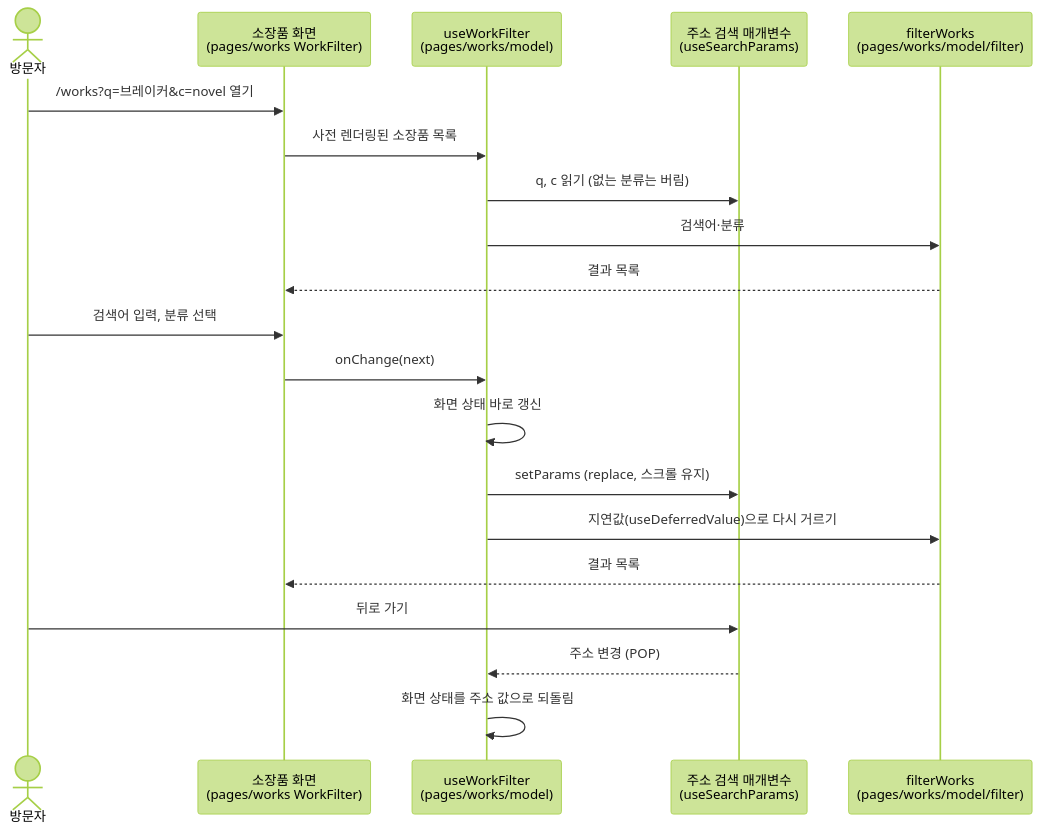
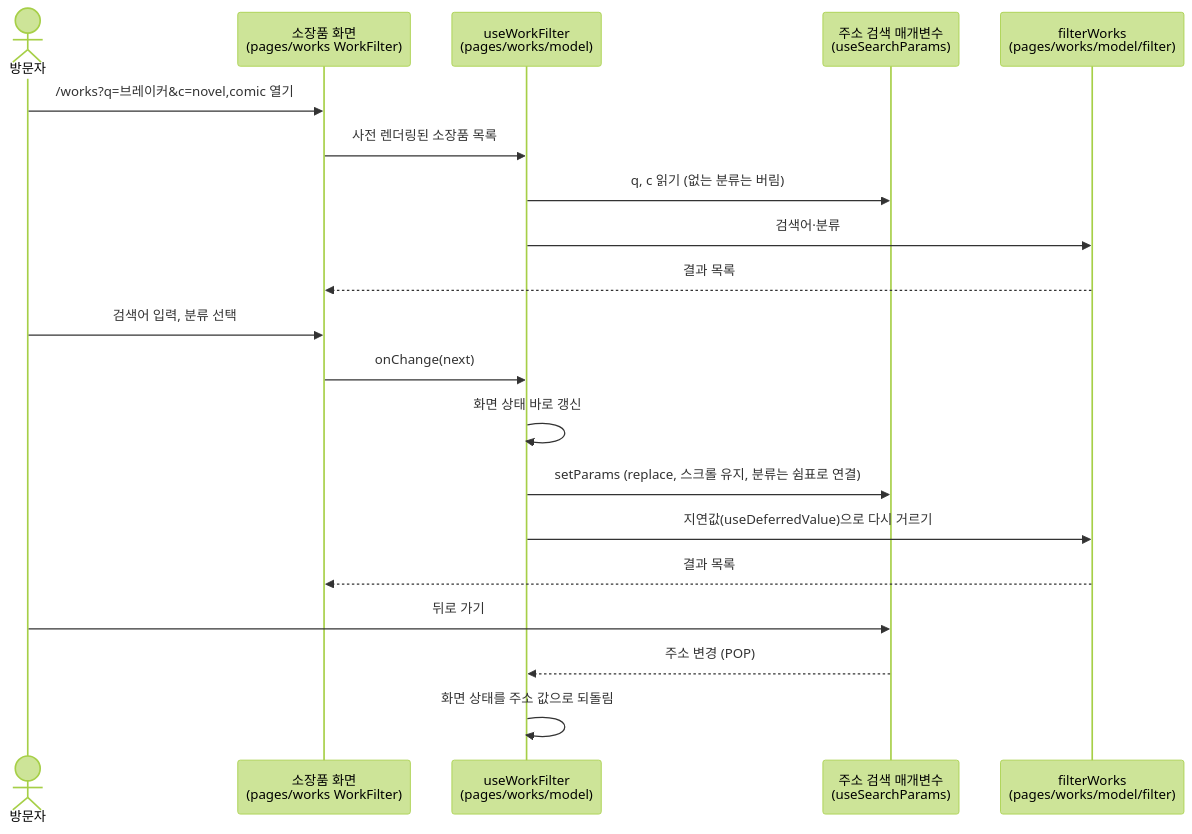
The second of 3 diagrams in docs/sequence-diagrams.md (ryushin01/Fanatic-Museum), drawn with Mermaid (forest theme) before and after one commit. The commit also changed other lines of this file, not shown here.

First line of the commit message:
docs: 시퀀스 다이어그램을 지금 코드에 맞춤

````diff
--- a/docs/sequence-diagrams.md
+++ b/docs/sequence-diagrams.md
@@ -48,23 +51,23 @@
 ```mermaid
 sequenceDiagram
     actor 방문자
     participant 화면 as 소장품 화면<br/>(pages/works WorkFilter)
     participant 훅 as useWorkFilter<br/>(pages/works/model)
     participant 주소 as 주소 검색 매개변수<br/>(useSearchParams)
     participant 거르기 as filterWorks<br/>(pages/works/model/filter)
 
-    방문자->>화면: /works?q=브레이커&c=novel 열기
+    방문자->>화면: /works?q=브레이커&c=novel,comic 열기
     화면->>훅: 사전 렌더링된 소장품 목록
     훅->>주소: q, c 읽기 (없는 분류는 버림)
     훅->>거르기: 검색어·분류
     거르기-->>화면: 결과 목록
     방문자->>화면: 검색어 입력, 분류 선택
     화면->>훅: onChange(next)
     훅->>훅: 화면 상태 바로 갱신
-    훅->>주소: setParams (replace, 스크롤 유지)
+    훅->>주소: setParams (replace, 스크롤 유지, 분류는 쉼표로 연결)
     훅->>거르기: 지연값(useDeferredValue)으로 다시 거르기
     거르기-->>화면: 결과 목록
     방문자->>주소: 뒤로 가기
     주소-->>훅: 주소 변경 (POP)
     훅->>훅: 화면 상태를 주소 값으로 되돌림
 ```
````
